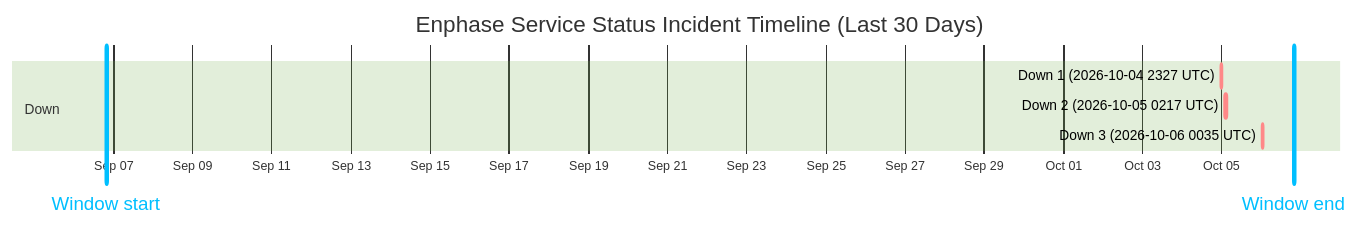
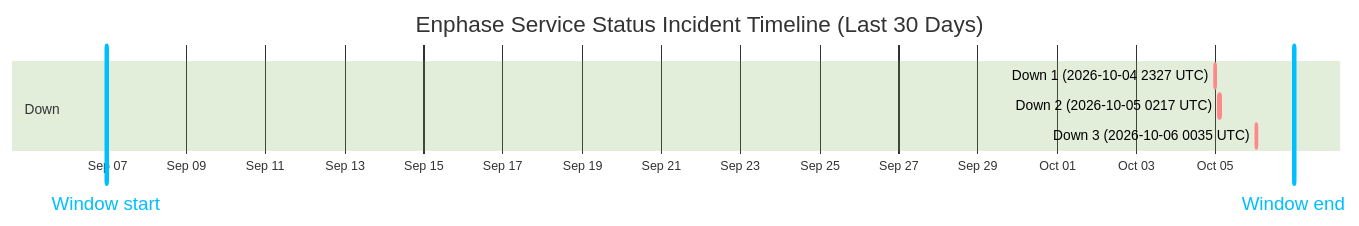
The diagram in wiki/Service-Status-History.md (barneyonline/ha-enphase-energy), drawn with Mermaid (forest theme) before and after one commit. The commit also changed other lines of this file and 3 other files, not shown here.

````diff
--- a/wiki/Service-Status-History.md
+++ b/wiki/Service-Status-History.md
@@ -14,12 +14,12 @@
 ```mermaid
 gantt
     title Enphase Service Status Incident Timeline (Last 30 Days)
     dateFormat  YYYY-MM-DDTHH:mm:ss
     axisFormat  %b %d
-    Window start :vert, window-start, 2026-09-06T19:41:59, 0ms
-    Window end :vert, window-end, 2026-10-06T19:41:59, 0ms
+    Window start :vert, window-start, 2026-09-06T23:34:01, 0ms
+    Window end :vert, window-end, 2026-10-06T23:34:01, 0ms
     section Down
     Down 1 (2026-10-04 2327 UTC) :crit, down-1, 2026-10-04T23:27:34, 60m
     Down 2 (2026-10-05 0217 UTC) :crit, down-2, 2026-10-05T02:17:30, 60m
     Down 3 (2026-10-06 0035 UTC) :crit, down-3, 2026-10-06T00:35:21, 60m
 ```
````
